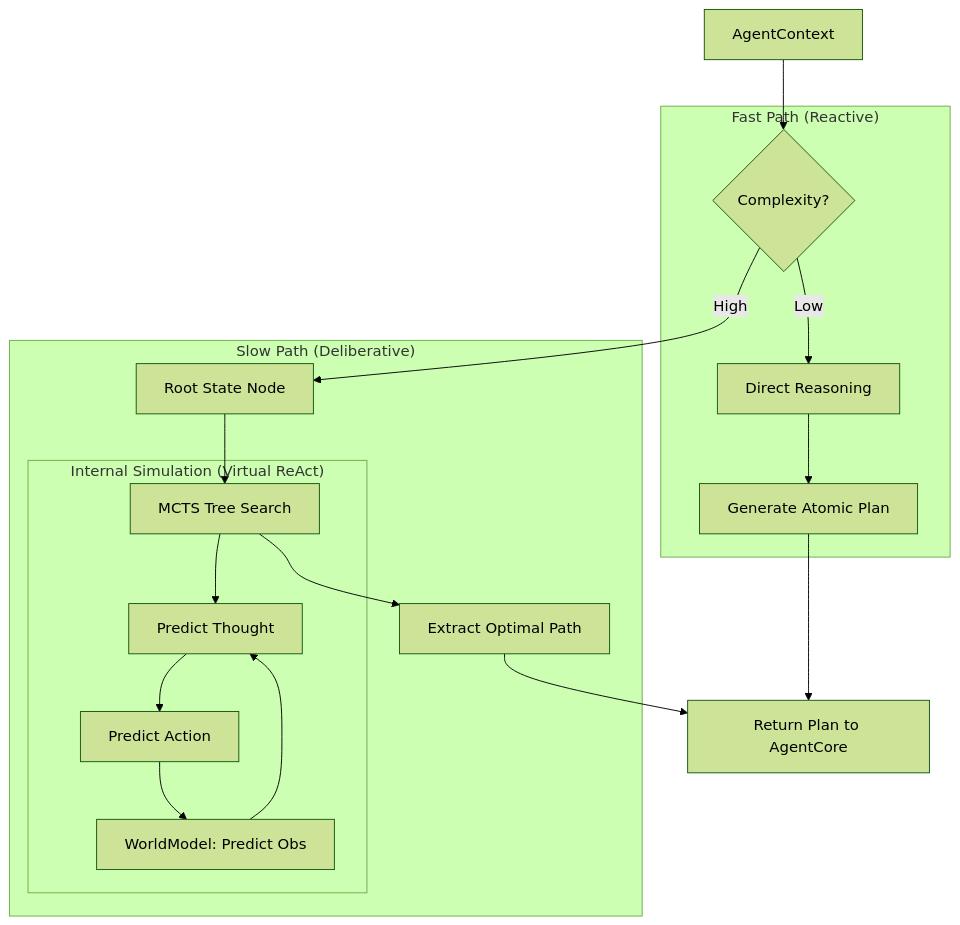
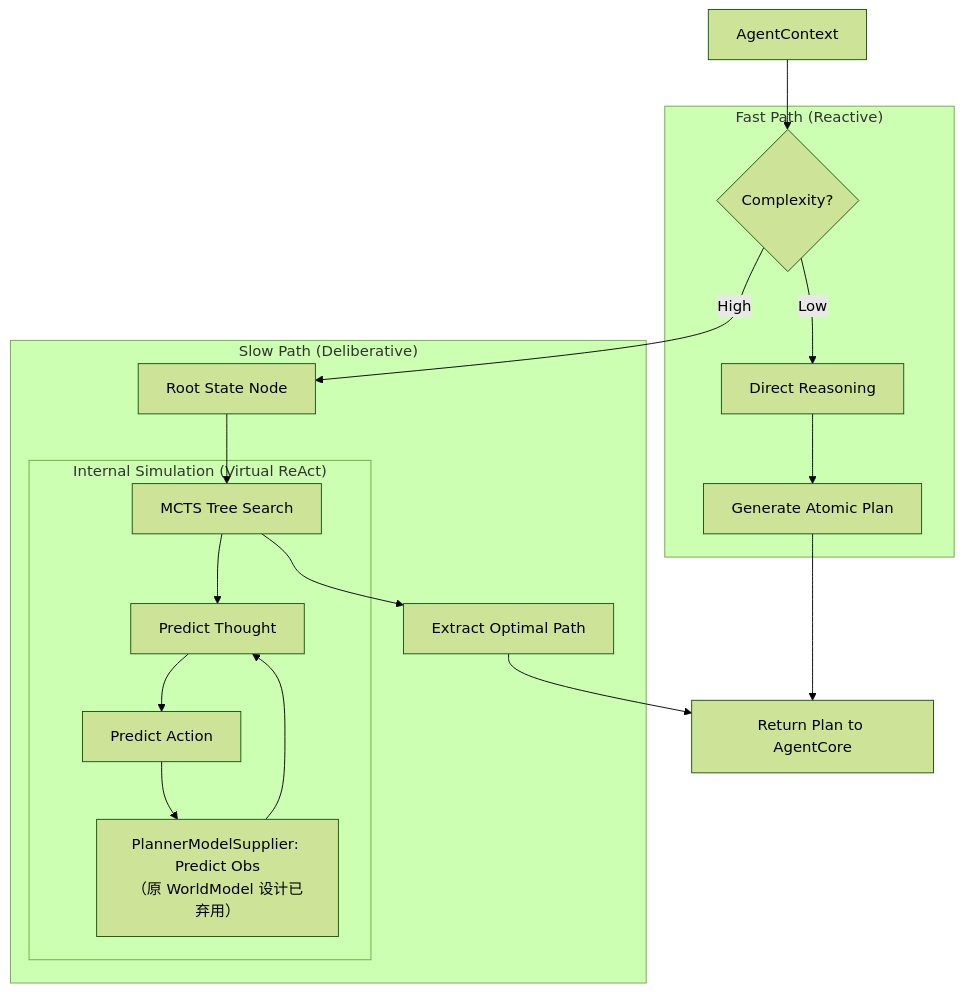
The second of 2 diagrams in docs/alice-core-planner/DESIGN.md (chaineasy-ai/alice-agent), drawn with Mermaid (forest theme) before and after one commit. The commit also changed other lines of this file and 3 other files, not shown here.

Commit message:
docs(planner): WorldModel 设计弃用（未实现）—— 类图/时序图/inbound 构造签名更正；TEST.md PLN-P04 假绿撤为弃用；TODO 记 X12

````diff
--- a/docs/alice-core-planner/DESIGN.md
+++ b/docs/alice-core-planner/DESIGN.md
@@ -83,26 +83,26 @@
 ```mermaid
 graph TD
     Input[AgentContext] --> Assess{Complexity?}
 
     subgraph "Fast Path (Reactive)"
         Assess -->|Low| Direct[Direct Reasoning]
         Direct --> GenPlan[Generate Atomic Plan]
     end
 
     subgraph "Slow Path (Deliberative)"
         Assess -->|High| Root[Root State Node]
         Root --> Search[MCTS Tree Search]
 
         subgraph "Internal Simulation (Virtual ReAct)"
             Search --> Thought[Predict Thought]
             Thought --> VAction[Predict Action]
-            VAction --> World[WorldModel: Predict Obs]
+            VAction --> World["PlannerModelSupplier: Predict Obs<br/>（原 WorldModel 设计已弃用）"]
             World --> Thought
         end
 
         Search --> BestPath[Extract Optimal Path]
     end
 
     GenPlan --> Output[Return Plan to AgentCore]
     BestPath --> Output
 ```
````
